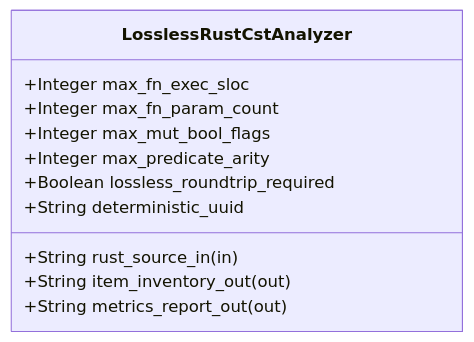
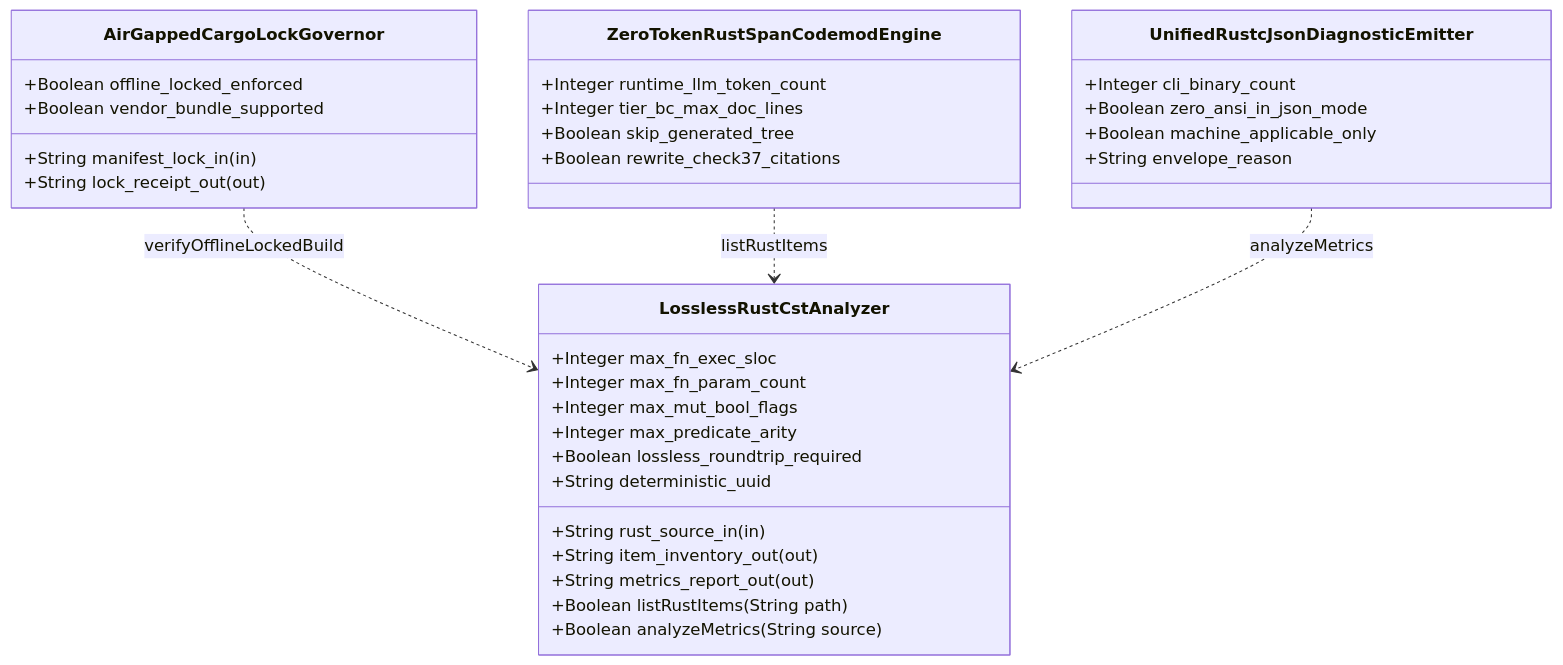
Before and after one commit to gintatkinson/DEAP01-spec-core: the first of 2 diagrams in .pipeline/upstream/docs/features/FEAT-42-LosslessRustCstAnalyzer.md, drawn with Mermaid. The commit also changed other lines of this file and 2 other files, not shown here.

````diff
--- a/.pipeline/upstream/docs/features/FEAT-42-LosslessRustCstAnalyzer.md
+++ b/.pipeline/upstream/docs/features/FEAT-42-LosslessRustCstAnalyzer.md
@@ -16,14 +69,37 @@
 ```mermaid
 classDiagram
+    class AirGappedCargoLockGovernor {
+        +Boolean offline_locked_enforced
+        +Boolean vendor_bundle_supported
+        +String manifest_lock_in (in)
+        +String lock_receipt_out (out)
+    }
     class LosslessRustCstAnalyzer {
         +String rust_source_in (in)
         +String item_inventory_out (out)
         +String metrics_report_out (out)
         +Integer max_fn_exec_sloc
         +Integer max_fn_param_count
         +Integer max_mut_bool_flags
         +Integer max_predicate_arity
         +Boolean lossless_roundtrip_required
         +String deterministic_uuid
+        +Boolean listRustItems(String path)
+        +Boolean analyzeMetrics(String source)
     }
+    class ZeroTokenRustSpanCodemodEngine {
+        +Integer runtime_llm_token_count
+        +Integer tier_bc_max_doc_lines
+        +Boolean skip_generated_tree
+        +Boolean rewrite_check37_citations
+    }
+    class UnifiedRustcJsonDiagnosticEmitter {
+        +Integer cli_binary_count
+        +Boolean zero_ansi_in_json_mode
+        +Boolean machine_applicable_only
+        +String envelope_reason
+    }
+    AirGappedCargoLockGovernor ..> LosslessRustCstAnalyzer : verifyOfflineLockedBuild
+    ZeroTokenRustSpanCodemodEngine ..> LosslessRustCstAnalyzer : listRustItems
+    UnifiedRustcJsonDiagnosticEmitter ..> LosslessRustCstAnalyzer : analyzeMetrics
 ```
````
